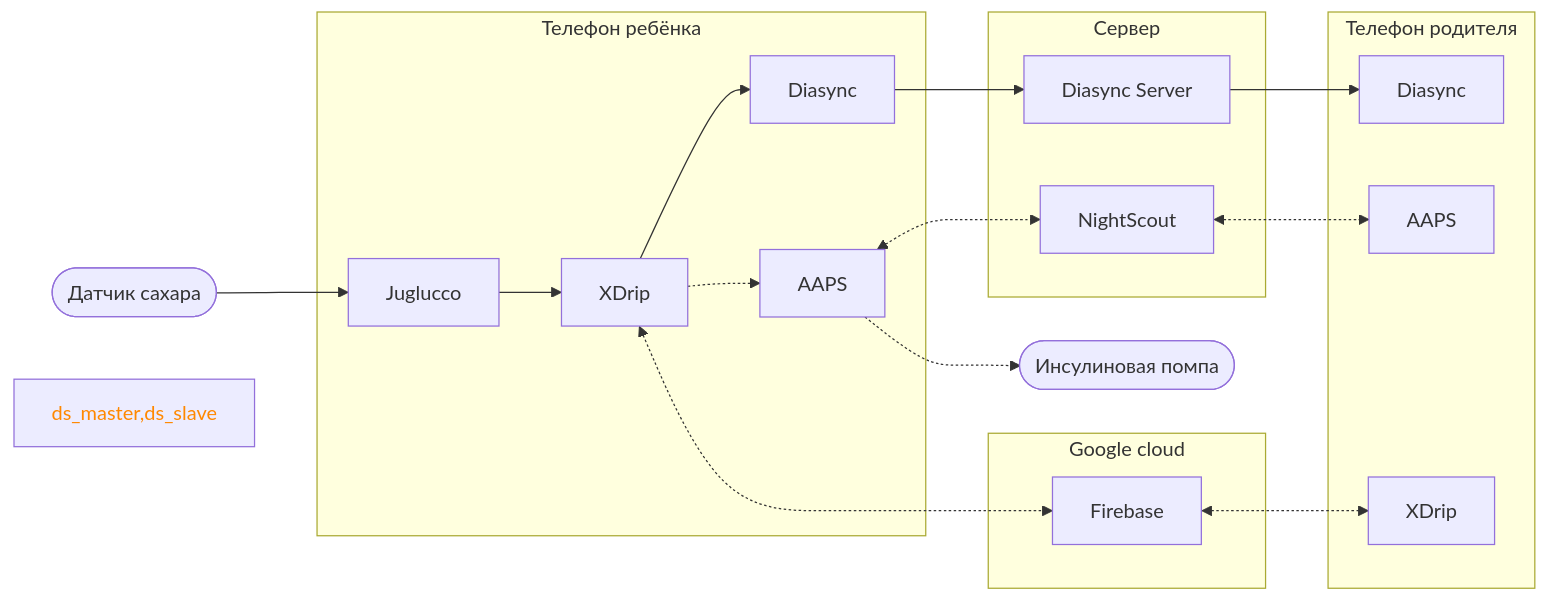
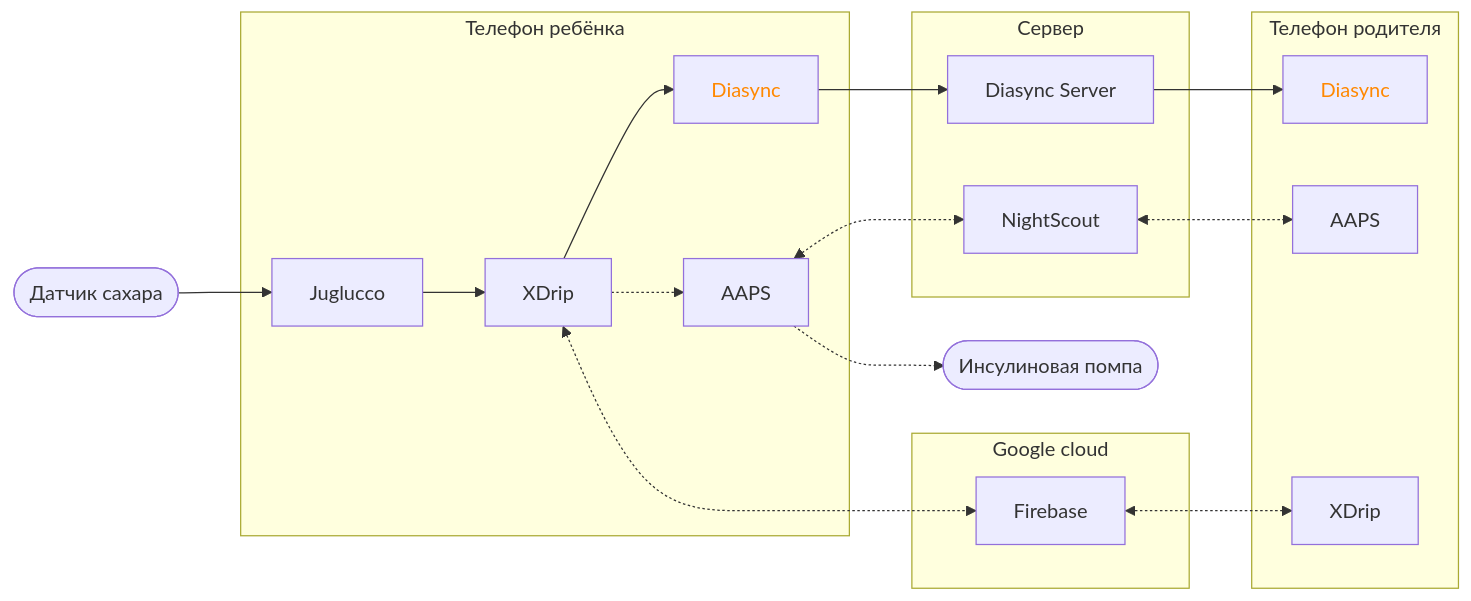
The diagram in README.MD (illepidus/diasync-android), drawn with Mermaid before and after one commit.

Commit message:
README.MD

````diff
--- a/README.MD
+++ b/README.MD
@@ -11,39 +11,39 @@
 ```mermaid
 flowchart LR
     pump([Инсулиновая помпа])
     sensor([Датчик сахара])
 
     subgraph g_cloud[Google cloud]
         firebase[Firebase]
     end
 
     subgraph phone_master[Телефон ребёнка]
         juglucco[Juglucco]
         xdrip_master[XDrip]
         aaps_master[AAPS]
         ds_master[Diasync]
     end
     subgraph server[Сервер]
         ds_srv[Diasync Server]
         nightscout[NightScout]
     end
     subgraph phone_slave[Телефон родителя]
         ds_slave[Diasync]
         aaps_slave[AAPS]
         xdrip_slave[XDrip]
     end
 
     sensor --> juglucco --> xdrip_master
     xdrip_master --> ds_master --> ds_srv --> ds_slave
     xdrip_master -.-> aaps_master <-.-> nightscout <-.-> aaps_slave
     xdrip_master <-.-> firebase <-.-> xdrip_slave
     aaps_master -.-> pump
-    style ds_master,ds_slave color: #FF8800
+    style ds_master color: #FF8800
+    style ds_slave color: #FF8800
     click ds_srv "https://github.com/illepidus/diasync-server"
     click juglucco href "https://www.juggluco.nl/"
     click firebase href "https://firebase.google.com/"
     click xdrip_master,xdrip_slave href "https://github.com/NightscoutFoundation/xDrip"
     click aaps_master,aaps_slave href "https://github.com/nightscout/AndroidAPS"
-    click ds_master,ds_slave href "https://github.com/illepidus/diasync"
     click nightscout href "https://github.com/nightscout/cgm-remote-monitor"
 ```
````
